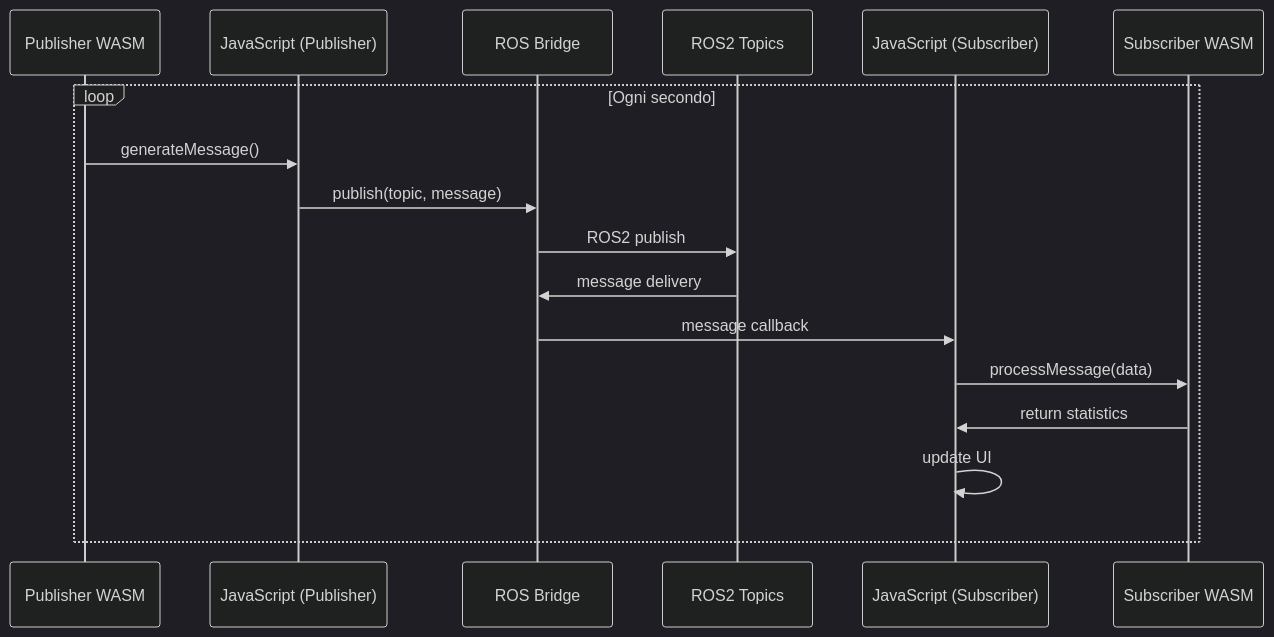
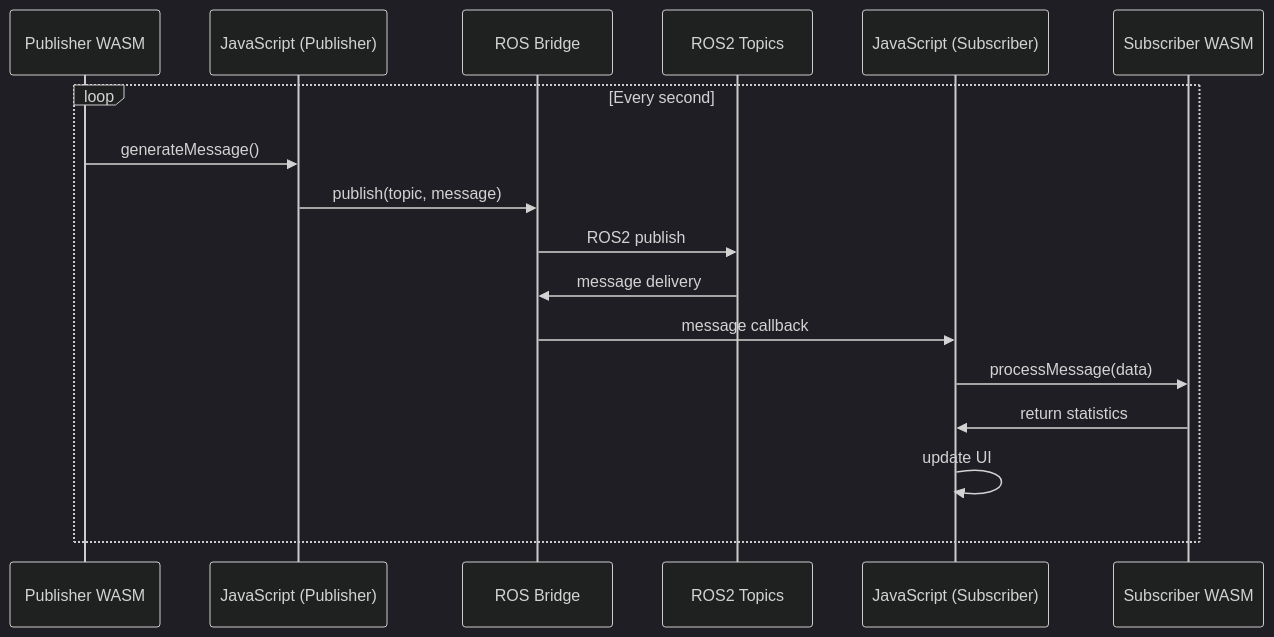
Before and after one commit to lucadagati/ros_wasm_example: the second of 4 diagrams in README.md, drawn with Mermaid (dark theme). The commit also changed other lines of this file and 8 other files, not shown here.

First line of the commit message:
Add WASM modules, UML diagrams, and updated PPTX

````diff
--- a/README.md
+++ b/README.md
@@ -32,20 +32,20 @@
 ```mermaid
 sequenceDiagram
     participant P as Publisher WASM
     participant JS1 as JavaScript (Publisher)
     participant RB as ROS Bridge
     participant ROS as ROS2 Topics
     participant JS2 as JavaScript (Subscriber)
     participant S as Subscriber WASM
     
-    loop Ogni secondo
+    loop Every second
         P->>JS1: generateMessage()
         JS1->>RB: publish(topic, message)
         RB->>ROS: ROS2 publish
         ROS->>RB: message delivery
         RB->>JS2: message callback
         JS2->>S: processMessage(data)
         S->>JS2: return statistics
         JS2->>JS2: update UI
     end
 ```
````
